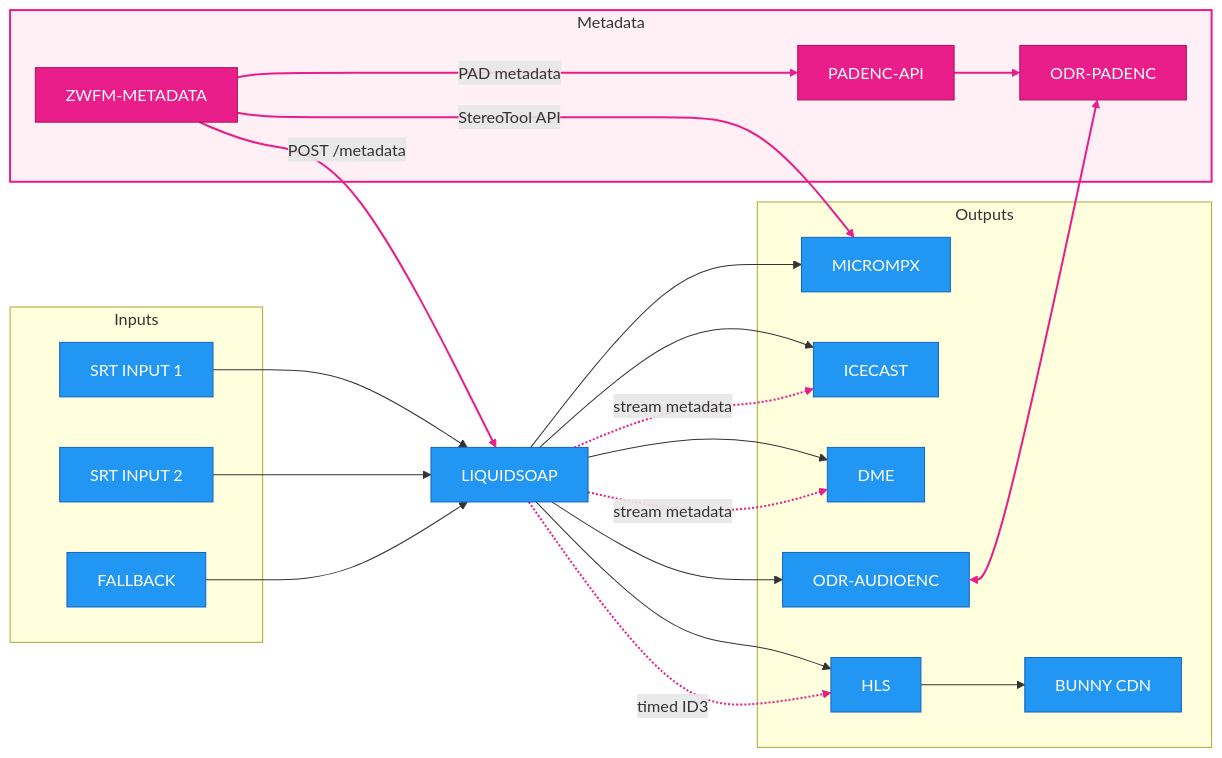
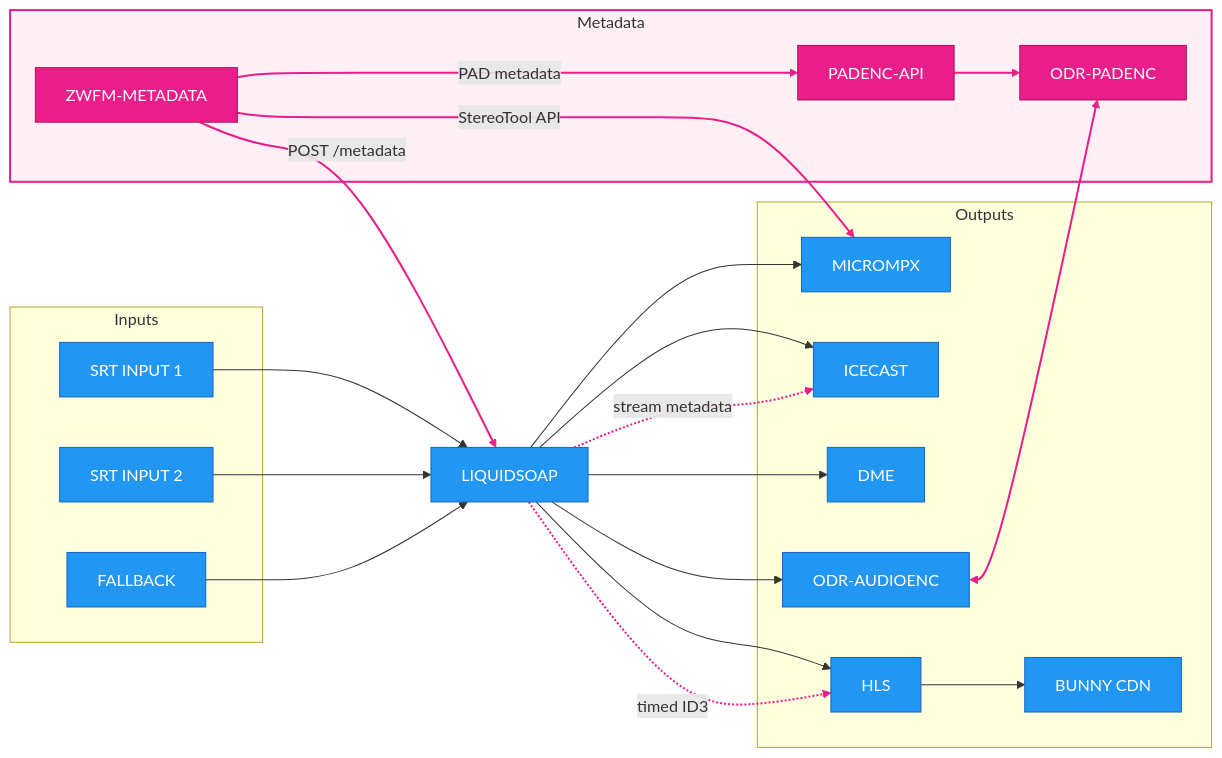
One commit to oszuidwest/zwfm-liquidsoap changed the diagram in README.md. Above: the diagram before and after it, drawn with Mermaid. The commit also changed other lines of this file, not shown here.

Commit message:
docs: exclude DME from metadata flow

````diff
--- a/README.md
+++ b/README.md
@@ -13,53 +13,52 @@
 ```mermaid
 flowchart LR
     subgraph inputs [" Inputs "]
         SRT1["SRT INPUT 1"]
         SRT2["SRT INPUT 2"]
         FALLBACK["FALLBACK"]
     end
 
     LIQUIDSOAP["LIQUIDSOAP"]
 
     subgraph outputs [" Outputs "]
         MICROMPX["MICROMPX"]
         ICECAST["ICECAST"]
         DME["DME"]
         HLS["HLS"]
         BUNNY["BUNNY CDN"]
         ODR["ODR-AUDIOENC"]
     end
 
     subgraph metadata [" Metadata "]
         PADENC["ODR-PADENC"]
         PADAPI["PADENC-API"]
         ZWFM["ZWFM-METADATA"]
     end
 
     SRT1 --> LIQUIDSOAP
     SRT2 --> LIQUIDSOAP
     FALLBACK --> LIQUIDSOAP
 
     LIQUIDSOAP --> MICROMPX
     LIQUIDSOAP --> ICECAST
     LIQUIDSOAP --> DME
     LIQUIDSOAP --> HLS
     HLS --> BUNNY
     LIQUIDSOAP --> ODR
 
     ODR <--> PADENC
     PADAPI --> PADENC
     ZWFM -->|POST /metadata| LIQUIDSOAP
     ZWFM -->|PAD metadata| PADAPI
     ZWFM -->|StereoTool API| MICROMPX
     LIQUIDSOAP -. stream metadata .-> ICECAST
-    LIQUIDSOAP -. stream metadata .-> DME
     LIQUIDSOAP -. timed ID3 .-> HLS
 
     classDef blue fill:#2196F3,stroke:#1565C0,color:#fff
     classDef metadataFlow fill:#E91E8A,stroke:#AD1457,color:#fff
 
     class SRT1,SRT2,FALLBACK,LIQUIDSOAP,MICROMPX,ICECAST,DME,HLS,BUNNY,ODR blue
     class PADENC,PADAPI,ZWFM metadataFlow
     style metadata fill:#FFF0F6,stroke:#E91E8A,stroke-width:2px
-    linkStyle 9,10,11,12,13,14,15,16 stroke:#E91E8A,stroke-width:2px
+    linkStyle 9,10,11,12,13,14,15 stroke:#E91E8A,stroke-width:2px
 ```
````
